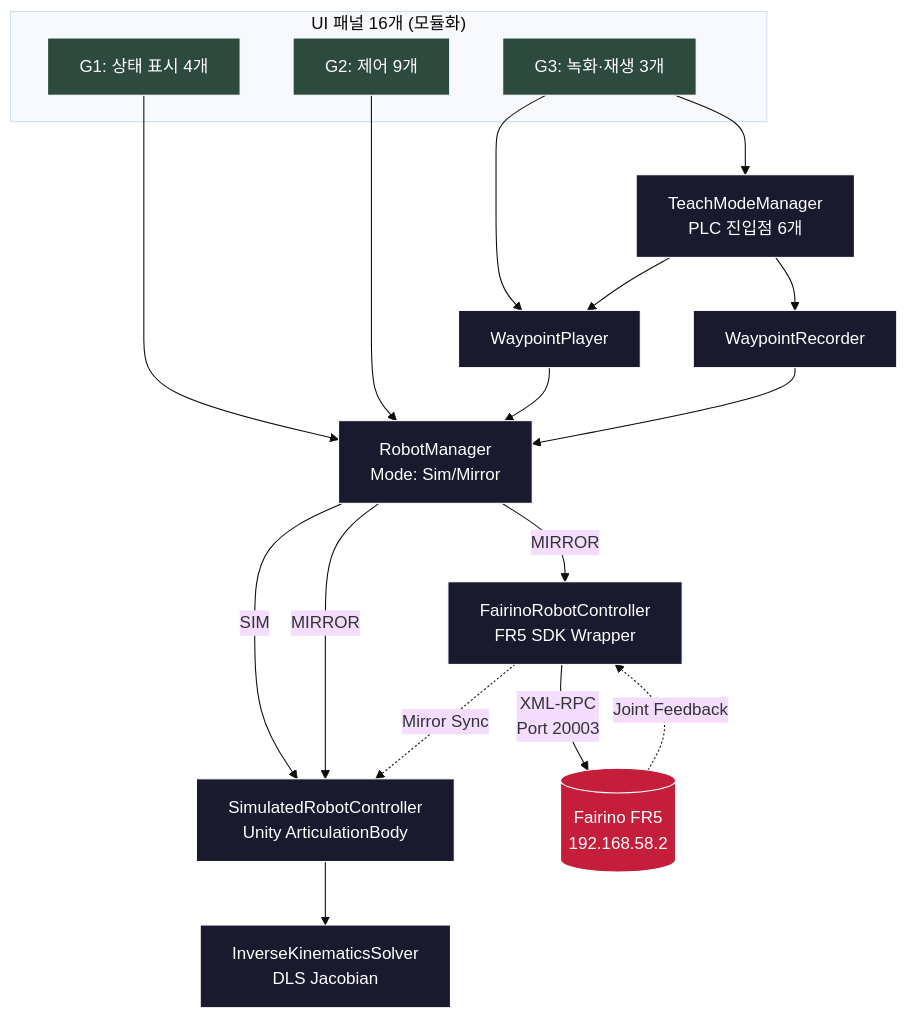
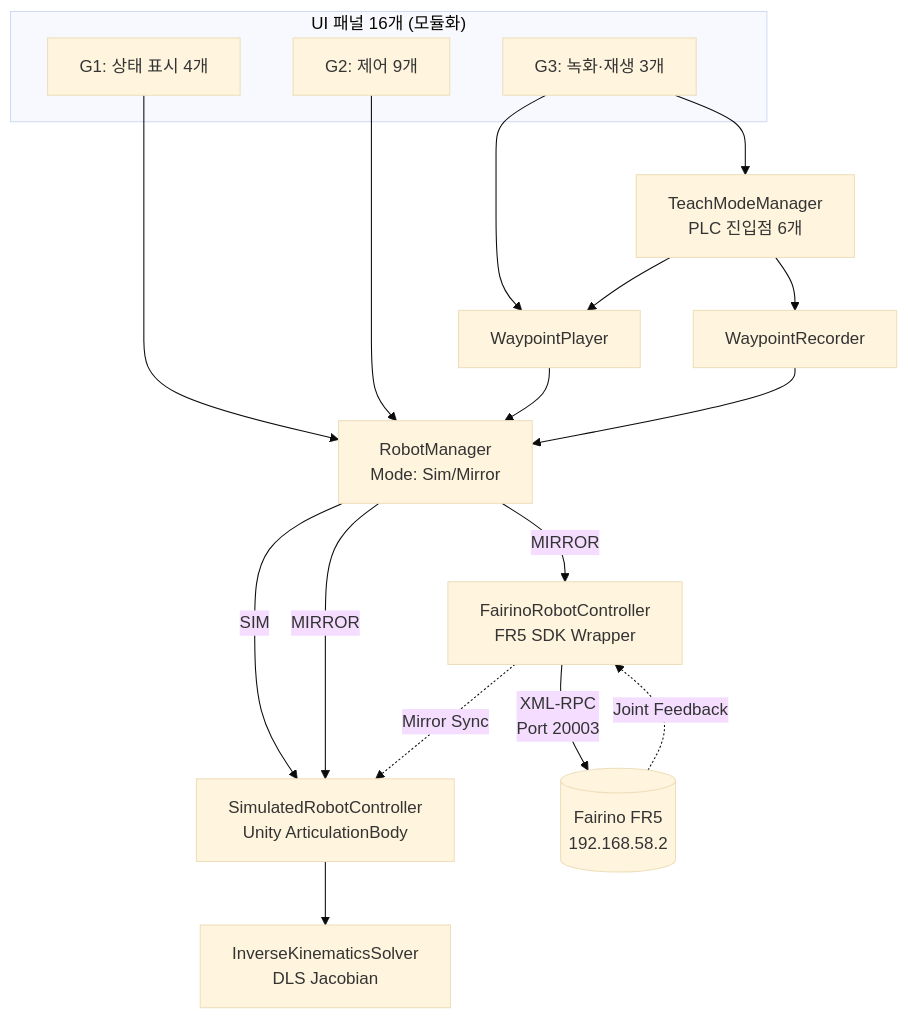
One commit to kimar1022-code/fairino-fr5-digital-twin-v2 changed the diagram in README.md. Above: the diagram before and after it, drawn with Mermaid (base theme). The commit also changed other lines of this file, not shown here.

````diff
--- a/README.md
+++ b/README.md
@@ -65,41 +46,34 @@
 ```mermaid
 flowchart TD
     subgraph Panels["UI 패널 16개 (모듈화)"]
         G1[G1: 상태 표시 4개]
         G2[G2: 제어 9개]
         G3[G3: 녹화·재생 3개]
     end
 
     Mgr[RobotManager<br/>Mode: Sim/Mirror]
     Teach[TeachModeManager<br/>PLC 진입점 6개]
     Rec[WaypointRecorder]
     Player[WaypointPlayer]
     Sim[SimulatedRobotController<br/>Unity ArticulationBody]
     Real[FairinoRobotController<br/>FR5 SDK Wrapper]
     IK[InverseKinematicsSolver<br/>DLS Jacobian]
     Robot[(Fairino FR5<br/>192.168.58.2)]
 
     G1 --> Mgr
     G2 --> Mgr
     G3 --> Teach
     G3 --> Player
     Teach --> Rec
     Teach --> Player
     Player --> Mgr
     Rec --> Mgr
 
     Mgr -->|SIM| Sim
     Mgr -->|MIRROR| Sim
     Mgr -->|MIRROR| Real
     Sim --> IK
     Real -->|XML-RPC<br/>Port 20003| Robot
     Robot -.->|Joint Feedback| Real
     Real -.->|Mirror Sync| Sim
-
-    classDef unity fill:#1a1a2e,stroke:#fff,color:#fff
-    classDef robot fill:#c41e3a,stroke:#fff,color:#fff
-    classDef panel fill:#2d4a3e,stroke:#fff,color:#fff
-    class Mgr,Teach,Sim,Real,IK,Rec,Player unity
-    class Robot robot
-    class G1,G2,G3 panel
 ```
````
